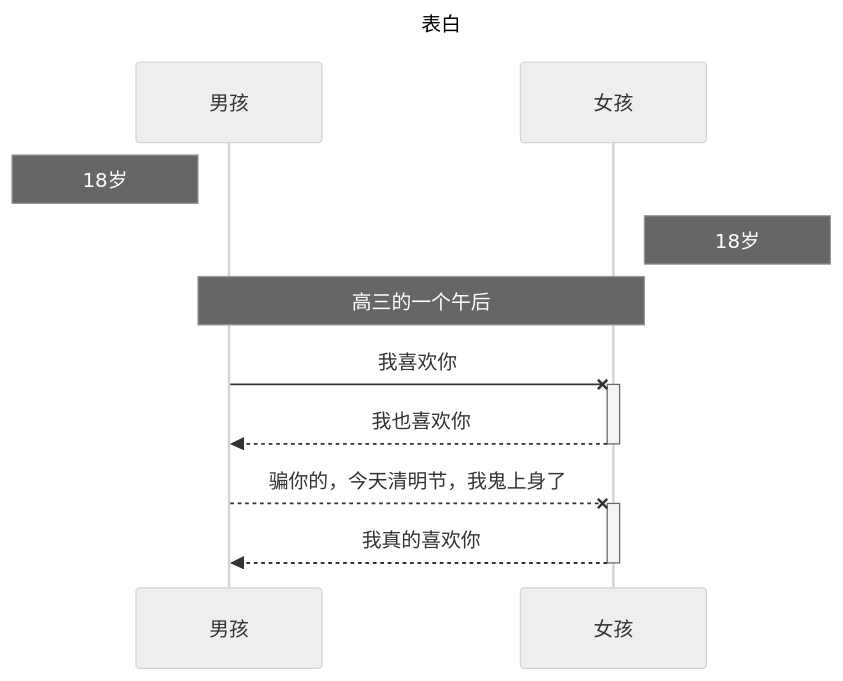
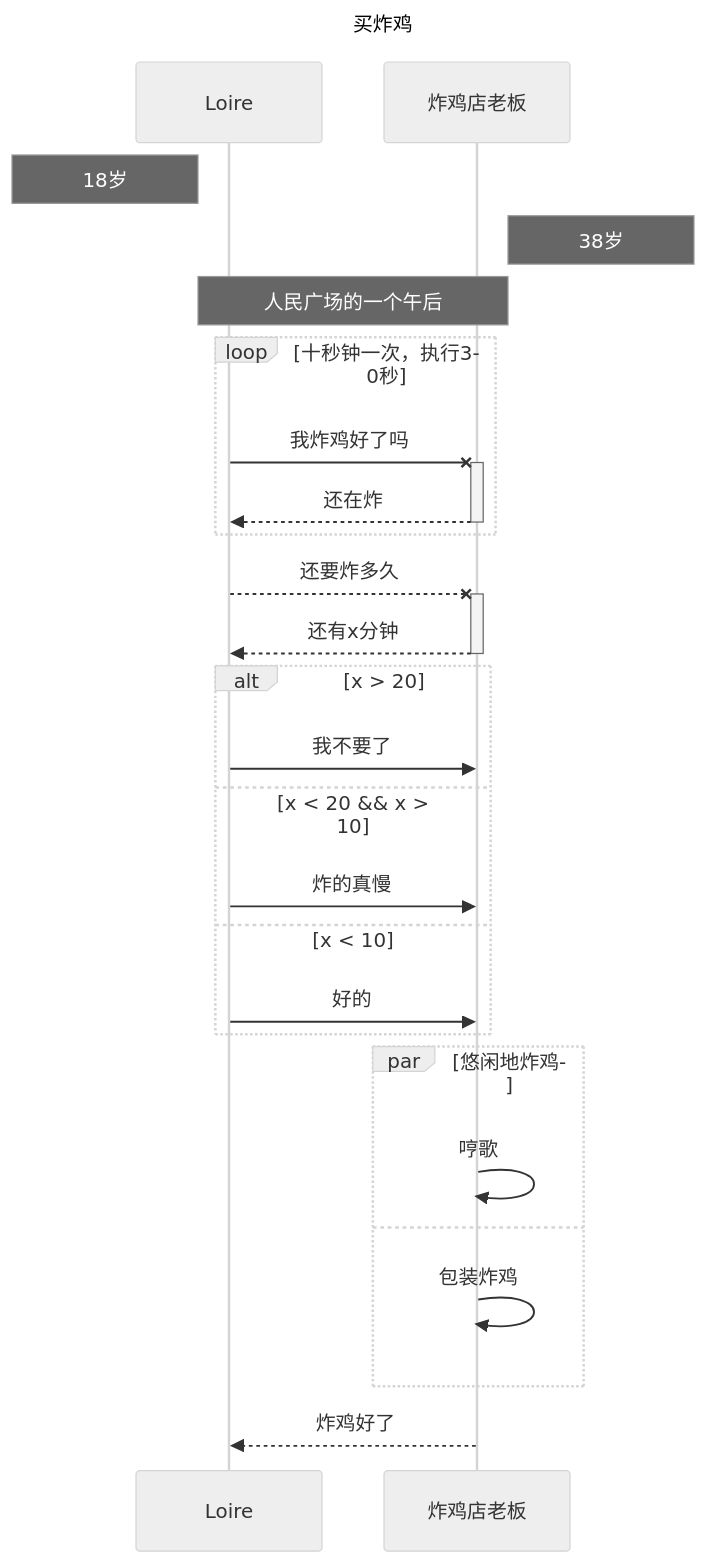
One commit to ccloire/hexo-blogs changed the sixth of 8 diagrams in source/_posts/markdown语法总结.md. Above: the diagram before and after it, drawn with Mermaid (neutral theme). The commit also changed other lines of this file and 15 other files, not shown here.

````diff
--- a/source/_posts/markdown语法总结.md
+++ b/source/_posts/markdown语法总结.md
@@ -643,13 +695,28 @@
 ```mermaid
 sequenceDiagram
-	Title: 表白
-	participant A as 男孩
-	participant B as 女孩
+	Title: 买炸鸡
+	participant A as Loire
+	participant B as 炸鸡店老板
 	Note left of A: 18岁
-	Note right of B: 18岁
-	Note over A,B: 高三的一个午后
-	A -x +B: 我喜欢你
-	B -->> -A: 我也喜欢你
-	A --x +B: 骗你的，今天清明节，我鬼上身了
-	B -->> -A: 我真的喜欢你
+	Note right of B: 38岁
+	Note over A,B: 人民广场的一个午后
+	loop 十秒钟一次，执行30秒
+		A -x +B: 我炸鸡好了吗
+		B -->> -A: 还在炸
+	end
+	A --x +B: 还要炸多久
+	B -->> -A: 还有x分钟
+	alt x > 20
+		A ->> B: 我不要了
+	else x < 20 && x > 10
+		A ->> B: 炸的真慢
+	else x < 10
+		A ->> B: 好的
+	end
+	par 悠闲地炸鸡
+		B ->> B: 哼歌
+	and 
+		B ->> B: 包装炸鸡
+	end
+	B -->> A: 炸鸡好了
 ```
````
